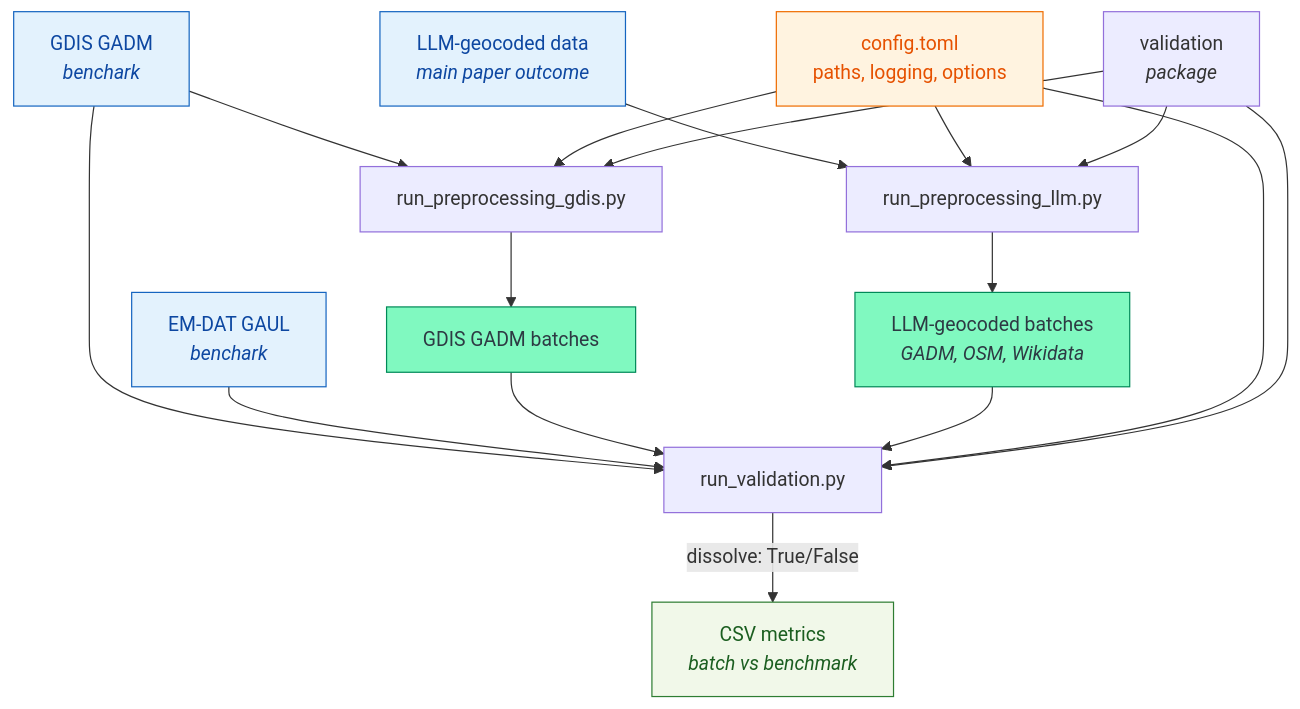
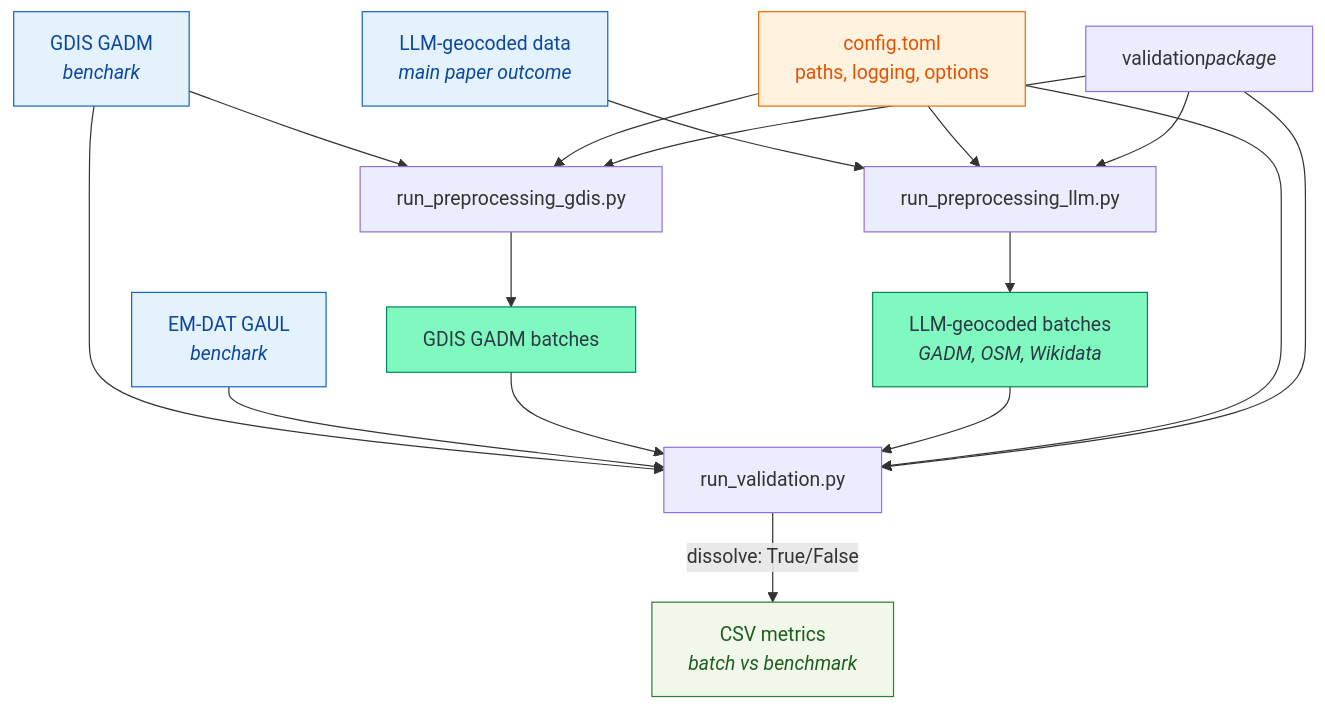
Before and after one commit to em-dat/emdat_geocoding: the first of 2 diagrams in README.md, drawn with Mermaid. The commit also changed other lines of this file, not shown here.

Commit message:
Update README with paper reference, workflow details, and additional data/metrics explanations

````diff
--- a/README.md
+++ b/README.md
@@ -34,34 +41,34 @@
 ```mermaid
 flowchart TD
 %% Inputs
-    A["GDIS GADM\n<i>benchark</i>"]:::data
-    B["EM-DAT GAUL\n<i>benchark</i>"]:::data
+    A["GDIS GADM<br/><i>benchark</i>"]:::data
+    B["EM-DAT GAUL<br/><i>benchark</i>"]:::data
     C["GDIS GADM batches"]:::batch
-    D["LLM-geocoded data\n<i>main paper outcome</i>"]:::data
-    E["LLM-geocoded batches\n<i>GADM, OSM, Wikidata</i>"]:::batch
-    O["CSV metrics\n<i>batch vs benchmark</i>"]:::output
-    CFG["config.toml\npaths, logging, options"]:::config
-    V["validation\n<i>package<i>"]:::script
+    D["LLM-geocoded data<br/><i>main paper outcome</i>"]:::data
+    E["LLM-geocoded batches<br/><i>GADM, OSM, Wikidata</i>"]:::batch
+    O["CSV metrics<br/><i>batch vs benchmark</i>"]:::output
+    CFG["config.toml<br/>paths, logging, options"]:::config
+    V["validation<i>package<i>"]:::script
 %% Steps
     PG["run_preprocessing_gdis.py"]:::script
     PL["run_preprocessing_llm.py"]:::script
     RV["run_validation.py"]:::script
     A --> PG --> C
     D --> PL --> E
     A --> RV
     B --> RV
     C --> RV
     E --> RV -->|dissolve: True/False| O
     CFG --> PG
     CFG --> PL
     CFG --> RV
     V --> PG
     V --> PL
     V --> RV
     
 %% Styles (optional)
     classDef data fill:#e3f2fd,stroke:#1565c0,color:#0d47a1;
     classDef batch fill:#80f9c0,stroke:#008958,color:#2d3a43;
     classDef config fill:#fff3e0,stroke:#ef6c00,color:#e65100;
     classDef output fill:#f1f8e9,stroke:#2e7d32,color:#1b5e20;
 ```
````
